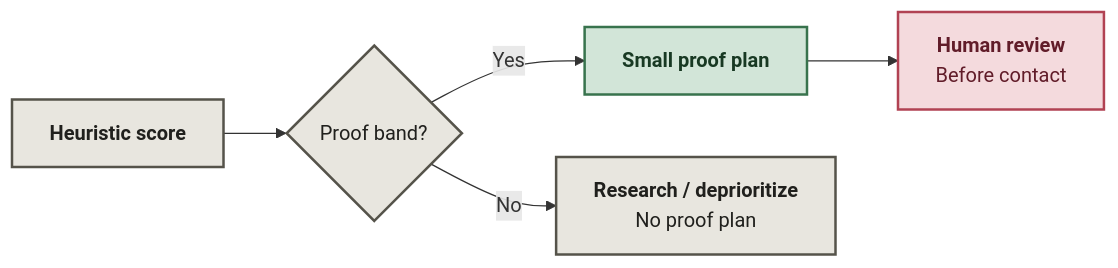
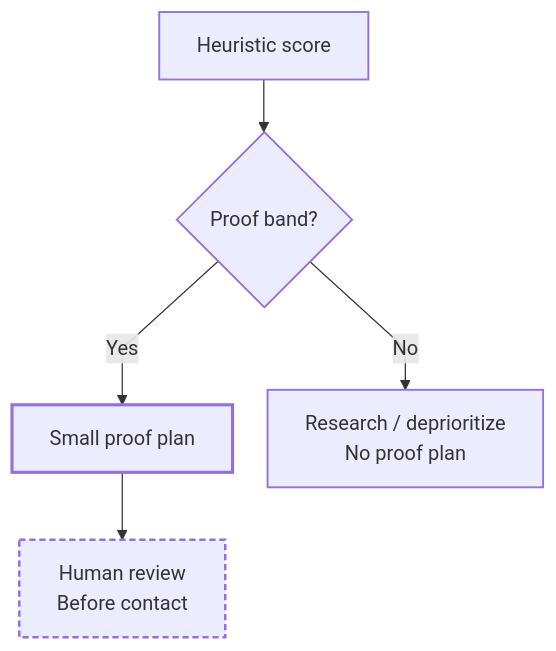
One commit to Niyam-Paneru/opportunity-intelligence-core changed the second of 2 diagrams in README.md. Above: the diagram before and after it, drawn with Mermaid. The commit also changed other lines of this file, not shown here.

Commit message:
Improve Mermaid layout and light-dark theme readability

````diff
--- a/README.md
+++ b/README.md
@@ -31,13 +40,22 @@
 ```mermaid
-flowchart LR
-    S["<b>Heuristic score</b>"] --> B{"Proof band?"}
-    B -- Yes --> P["<b>Small proof plan</b>"]
-    P --> H["<b>Human review</b><br/>Before contact"]
-    B -- No --> X["<b>Research / deprioritize</b><br/>No proof plan"]
-    classDef input fill:#e8e6df,stroke:#55534a,color:#20201d,stroke-width:2px;
-    classDef pass fill:#d2e5d8,stroke:#38734d,color:#183923,stroke-width:2px;
-    classDef stop fill:#f4dadd,stroke:#b14253,color:#611c29,stroke-width:2px;
+---
+config:
+  flowchart:
+    curve: linear
+    nodeSpacing: 28
+    rankSpacing: 42
+---
+flowchart TB
+    accTitle: Priority: prepare evidence, then stop for review
+    accDescr: Decision flow for priority: prepare evidence, then stop for review.
+    S["Heuristic score"] --> B{"Proof band?"}
+    B -- Yes --> P["Small proof plan"]
+    P --> H["Human review<br/>Before contact"]
+    B -- No --> X["Research / deprioritize<br/>No proof plan"]
+    classDef input stroke-width:1.5px;
+    classDef pass stroke-width:2.5px;
+    classDef stop stroke-width:2px,stroke-dasharray:5 3;
     class S,B,X input;
     class P pass;
     class H stop;
 ```
````
